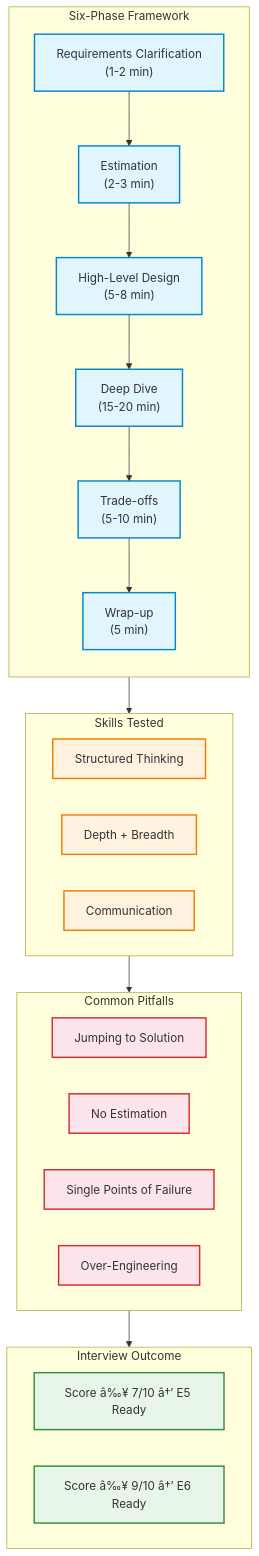
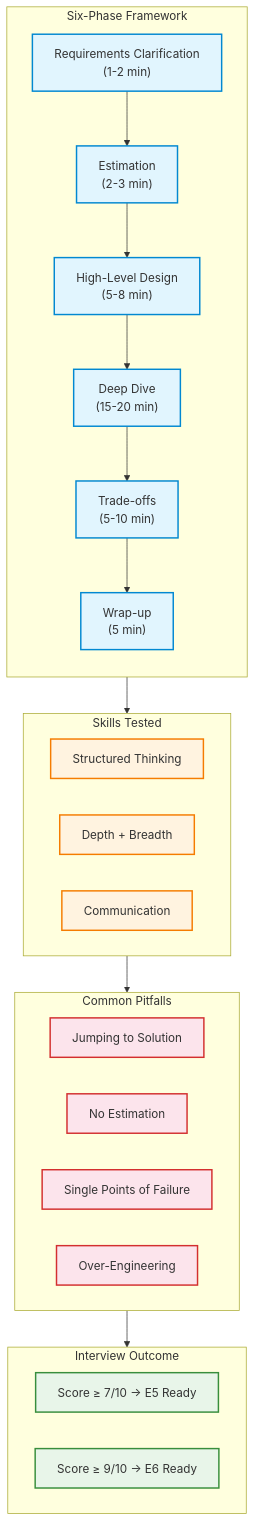
Before and after one commit to Raushan666java/ai-engineering-journey: the diagram in docs/courses/system-design/24-interview-preparation.md, drawn with Mermaid. The commit also changed other lines of this file and 965 other files, not shown here.

````diff
--- a/docs/courses/system-design/24-interview-preparation.md
+++ b/docs/courses/system-design/24-interview-preparation.md
@@ -50,40 +50,40 @@
 ```mermaid
 flowchart TB
     classDef phase fill:#e1f5fe,stroke:#0288d1,stroke-width:2px
     classDef skill fill:#fff3e0,stroke:#f57c00,stroke-width:2px
     classDef action fill:#e8f5e9,stroke:#388e3c,stroke-width:2px
     classDef warning fill:#fce4ec,stroke:#d32f2f,stroke-width:2px
 
     subgraph Framework["Six-Phase Framework"]
         direction TB
         R["Requirements Clarification<br/>(1-2 min)"]:::phase
         E["Estimation<br/>(2-3 min)"]:::phase
         H["High-Level Design<br/>(5-8 min)"]:::phase
         D["Deep Dive<br/>(15-20 min)"]:::phase
         T["Trade-offs<br/>(5-10 min)"]:::phase
         W["Wrap-up<br/>(5 min)"]:::phase
         R --> E --> H --> D --> T --> W
     end
 
     subgraph Skills["Skills Tested"]
         S1["Structured Thinking"]:::skill
         S2["Depth + Breadth"]:::skill
         S3["Communication"]:::skill
     end
 
     subgraph Pitfalls["Common Pitfalls"]
         P1["Jumping to Solution"]:::warning
         P2["No Estimation"]:::warning
         P3["Single Points of Failure"]:::warning
         P4["Over-Engineering"]:::warning
     end
 
     subgraph Outcome["Interview Outcome"]
-        O1["Score â‰¥ 7/10 â†’ E5 Ready"]:::action
-        O2["Score â‰¥ 9/10 â†’ E6 Ready"]:::action
+        O1["Score ≥ 7/10 → E5 Ready"]:::action
+        O2["Score ≥ 9/10 → E6 Ready"]:::action
     end
 
     Framework --> Skills
     Skills --> Pitfalls
     Pitfalls --> Outcome
 ```
````
